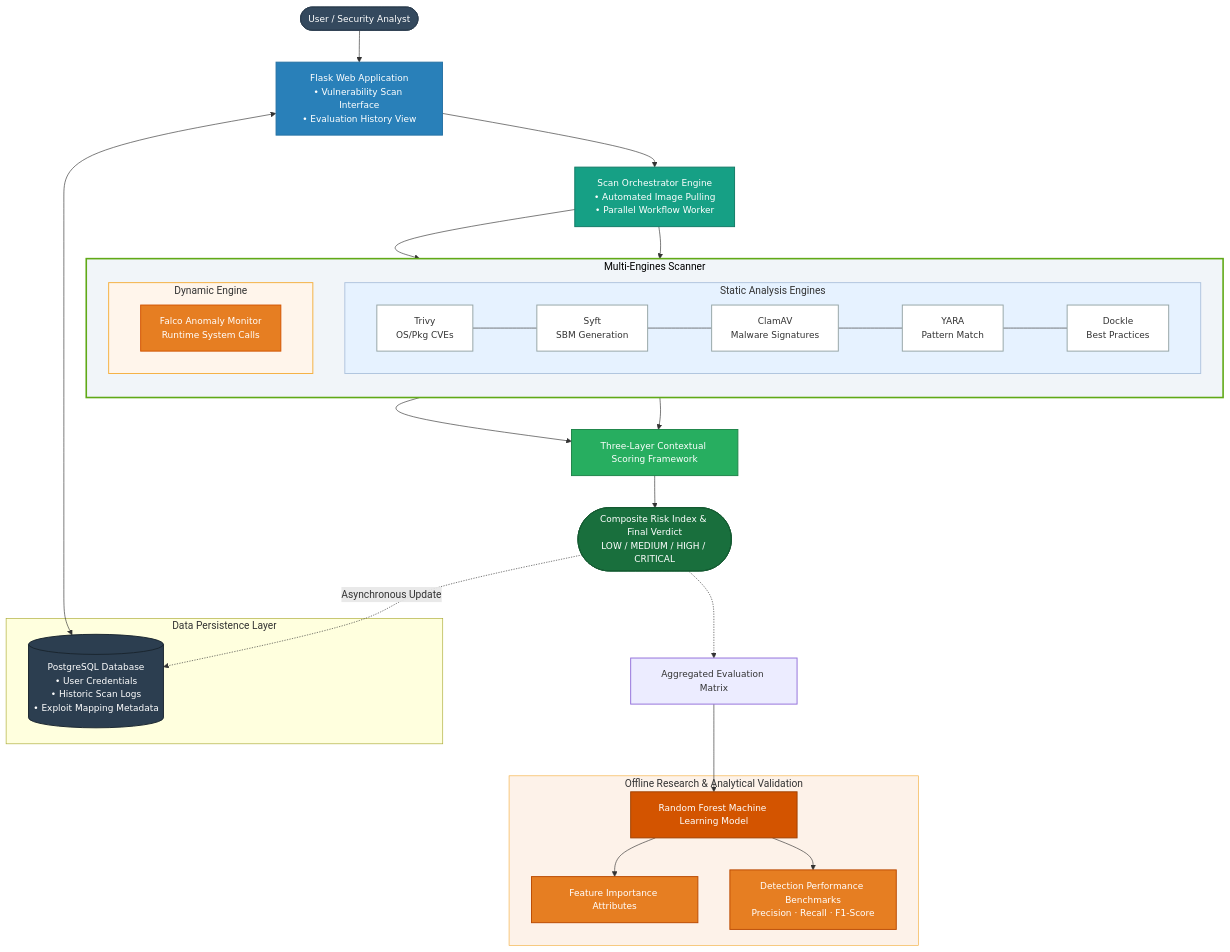
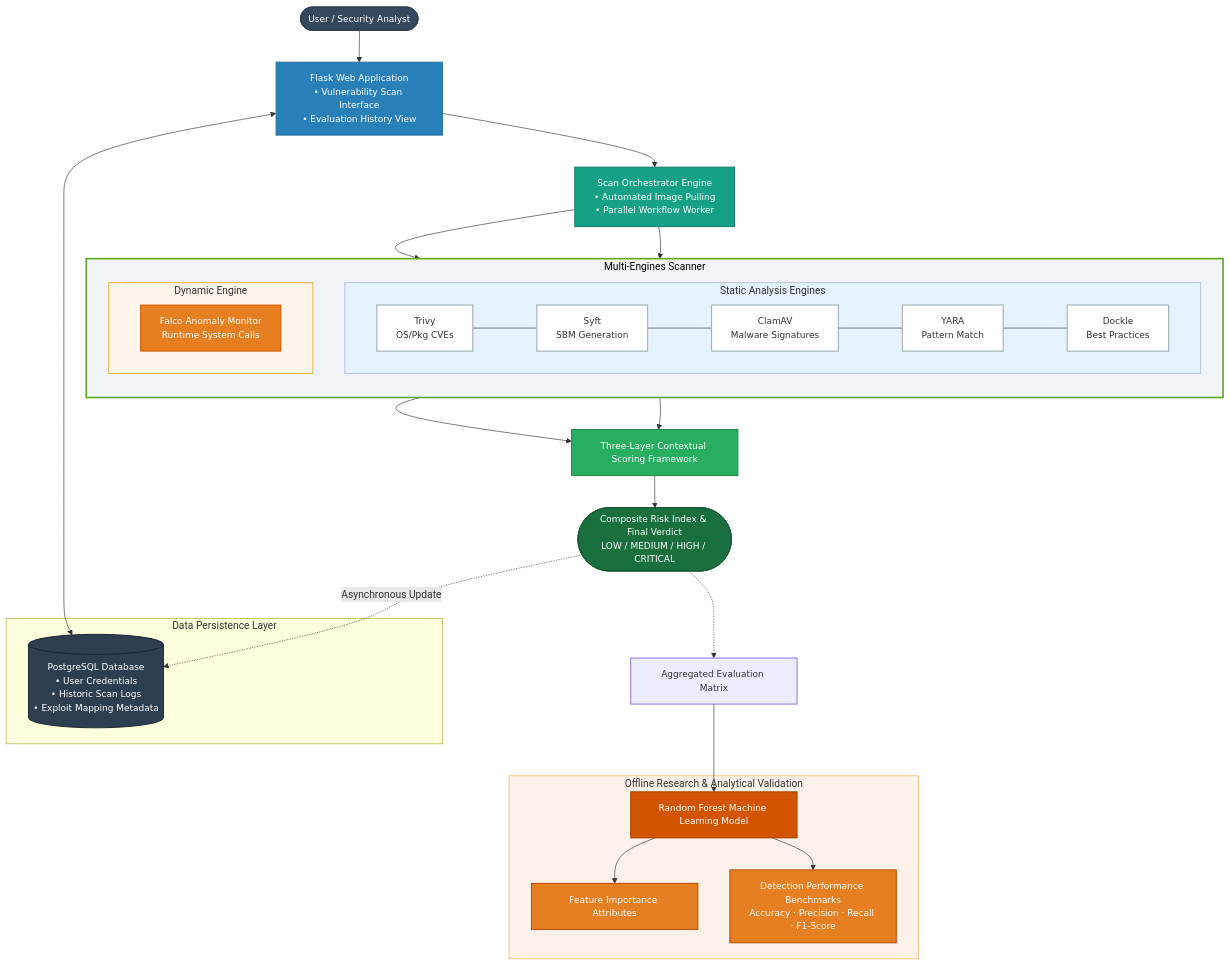
Before and after one commit to Dororo019/MalDockerScanner: the diagram in README.md, drawn with Mermaid.

Commit message:
Update benchmark metrics in README

```diff
--- a/README.md
+++ b/README.md
@@ -96,7 +96,7 @@
     subgraph OfflineRes ["Offline Research & Analytical Validation"]
         RF[Random Forest Machine Learning Model]
         Contribution[Feature Importance Attributes]
-        Benchmark[Detection Performance Benchmarks<br>Precision · Recall · F1-Score]
+        Benchmark[Detection Performance Benchmarks<br>Accuracy · Precision · Recall · F1-Score]
         
         RF --> Contribution
         RF --> Benchmark
```
